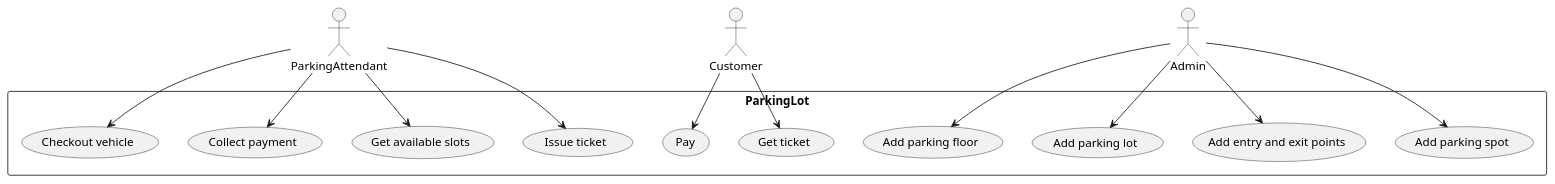
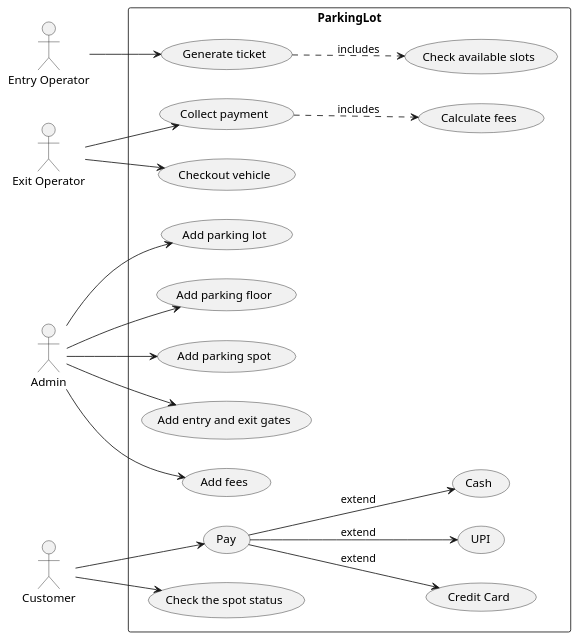
Before and after one commit to marbhal-onkar/parking-lot: the diagram in src/main/resources/usecase-diagram.puml, drawn with PlantUML. The commit also changed 2 other files, not shown here.

Commit message:
improvement: usecase-diagram and APIs.

```diff
--- a/src/main/resources/usecase-diagram.puml
+++ b/src/main/resources/usecase-diagram.puml
@@ -1,20 +1,30 @@
 @startuml
-actor ParkingAttendant
+'https://plantuml.com/use-case-diagram
+
+actor "Entry Operator"
+actor "Exit Operator"
+actor Admin
 actor Customer
-actor Admin
+left to right direction
+rectangle ParkingLot {
+    (Generate ticket) --> (Check available slots) #line.dashed;:includes
+    "Entry Operator" --> (Generate ticket)
 
-rectangle ParkingLot {
-    ParkingAttendant --> (Issue ticket)
-    ParkingAttendant --> (Get available slots)
-    ParkingAttendant --> (Collect payment)
-    ParkingAttendant --> (Checkout vehicle)
+    (Collect payment) --> (Calculate fees) #line.dashed;:includes
+    "Exit Operator" --> (Collect payment)
+    "Exit Operator" --> (Checkout vehicle)
 
-    Customer --> (Get ticket)
+    (Pay) --> (UPI) :extend
+    (Pay) --> (Cash) :extend
+    (Pay) --> (Credit Card) :extend
+
     Customer --> (Pay)
+    Customer --> (Check the spot status)
 
     Admin --> (Add parking lot)
     Admin --> (Add parking floor)
     Admin --> (Add parking spot)
-    Admin --> (Add entry and exit points)
+    Admin --> (Add entry and exit gates)
+    Admin --> (Add fees)
 }
 @enduml
```
